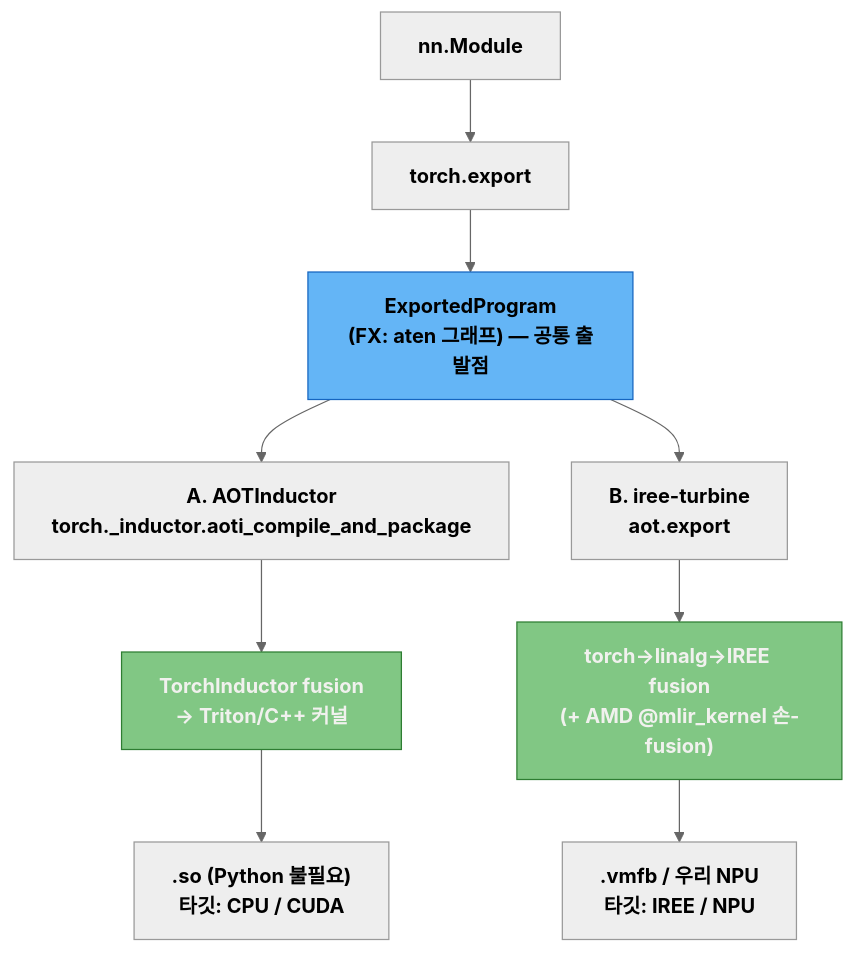
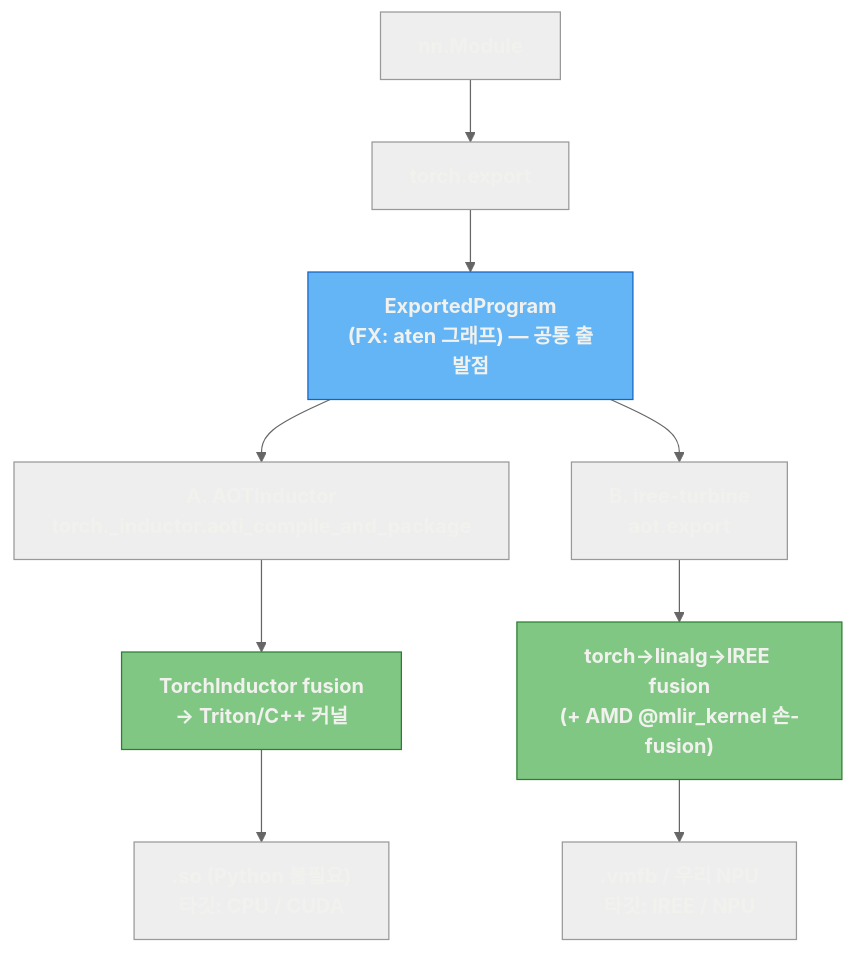
One commit to bhseo98/ssl-npu-harness-framework changed the third of 4 diagrams in docs/easy-series/easy8-detail.md. Above: the diagram before and after it, drawn with Mermaid (neutral theme).

````diff
--- a/docs/easy-series/easy8-detail.md
+++ b/docs/easy-series/easy8-detail.md
@@ -77,15 +77,15 @@
 ```mermaid
 flowchart TB
   M["nn.Module"] --> EX["torch.export"]
   EX --> EP["ExportedProgram<br/>(FX: aten 그래프) — 공통 출발점"]
   EP --> A1["A. AOTInductor<br/>torch._inductor.aoti_compile_and_package"]
   EP --> B1["B. iree-turbine<br/>aot.export"]
   A1 --> A2["TorchInductor fusion<br/>→ Triton/C++ 커널"]
   A2 --> A3[".so (Python 불필요)<br/>타깃: CPU / CUDA"]
   B1 --> B2["torch→linalg→IREE fusion<br/>(+ AMD @mlir_kernel 손-fusion)"]
   B2 --> B3[".vmfb / 우리 NPU<br/>타깃: IREE / NPU"]
   classDef fuse fill:#81c784,stroke:#2e7d32,color:#F1F1EE,font-weight:bold;
-  classDef root fill:#64b5f6,stroke:#1565c0,color:#000000,font-weight:bold;
+  classDef root fill:#64b5f6,stroke:#1565c0,color:#F1F1EE,font-weight:bold;
   class A2,B2 fuse;
   class EP root;
 ```
````
